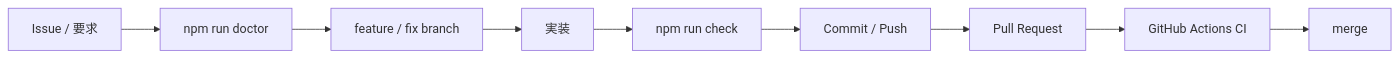
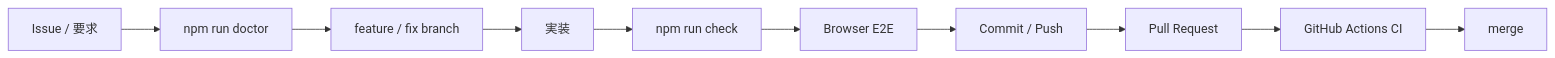
Before and after one commit to k-systems202208/nextjs-supabase-vercel-webapp-template: the first of 4 diagrams in docs/DEVELOPMENT.md, drawn with Mermaid. The commit also changed other lines of this file and 20 other files, not shown here.

````diff
--- a/docs/DEVELOPMENT.md
+++ b/docs/DEVELOPMENT.md
@@ -23,11 +32,12 @@
 ```mermaid
 flowchart LR
     A["Issue / 要求"] --> D["npm run doctor"]
     D --> B["feature / fix branch"]
     B --> C["実装"]
     C --> Q["npm run check"]
-    Q --> E["Commit / Push"]
+    Q --> E2E["Browser E2E"]
+    E2E --> E["Commit / Push"]
     E --> F["Pull Request"]
     F --> G["GitHub Actions CI"]
     G --> H["merge"]
 ```
````
